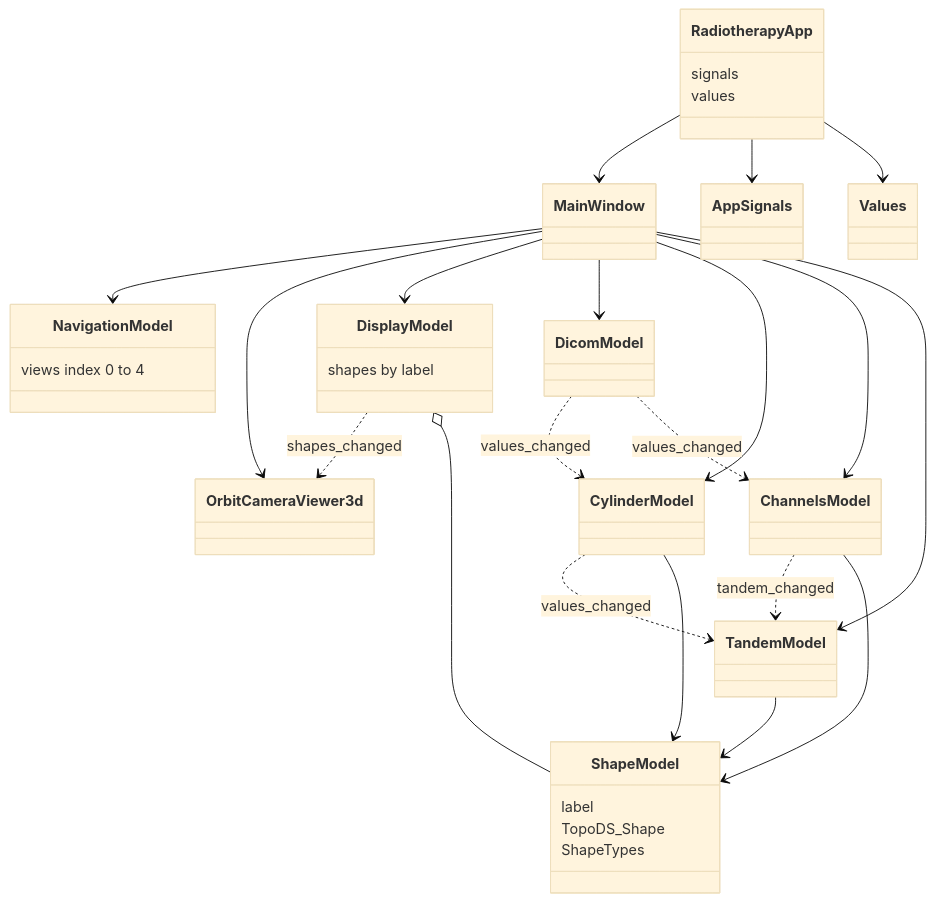
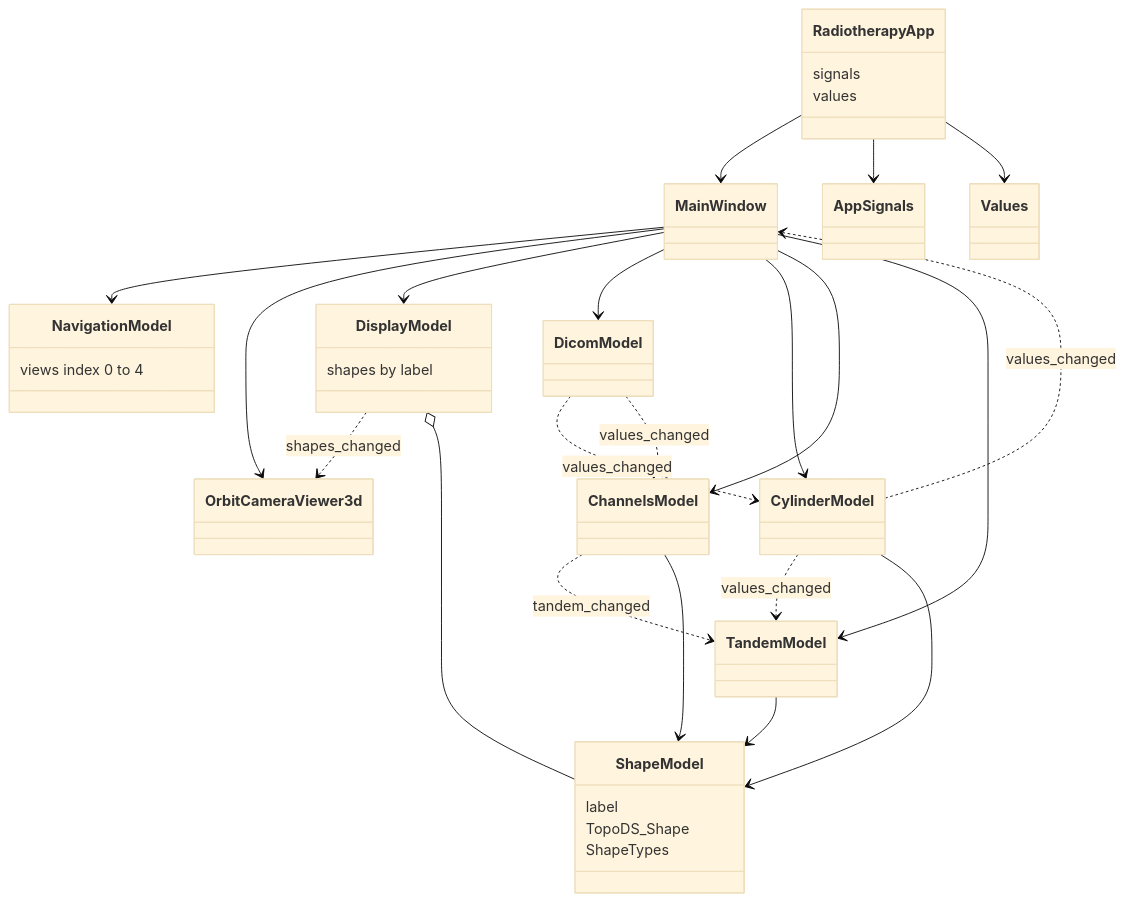
Before and after one commit to COSC-499-W2026/capstone-project-team-10: the diagram in docs/architecture/diagrams/existing-framework/uml.mmd, drawn with Mermaid (base theme). The commit also changed 2 other files, not shown here.

Commit message:
docs: add the export tab signal to the UML and re-render it

```diff
--- a/docs/architecture/diagrams/existing-framework/uml.mmd
+++ b/docs/architecture/diagrams/existing-framework/uml.mmd
@@ -1,44 +1,45 @@
 %% title: UML
-%% alt: UML of RadiotherapyApp, the models MainWindow creates, the signals between them, and ShapeModel
+%% alt: UML of RadiotherapyApp, the models MainWindow creates, the signals between them and back to MainWindow, and ShapeModel
 classDiagram
   class RadiotherapyApp {
     signals
     values
   }
   class MainWindow
   class NavigationModel {
     views index 0 to 4
   }
   class DisplayModel {
     shapes by label
   }
   class OrbitCameraViewer3d
   class DicomModel
   class CylinderModel
   class ChannelsModel
   class TandemModel
   class ShapeModel {
     label
     TopoDS_Shape
     ShapeTypes
   }
 
   RadiotherapyApp --> MainWindow
   RadiotherapyApp --> AppSignals
   RadiotherapyApp --> Values
   MainWindow --> NavigationModel
   MainWindow --> OrbitCameraViewer3d
   MainWindow --> DisplayModel
   DisplayModel ..> OrbitCameraViewer3d : shapes_changed
   MainWindow --> DicomModel
   MainWindow --> CylinderModel
   MainWindow --> ChannelsModel
   MainWindow --> TandemModel
   DicomModel ..> CylinderModel : values_changed
   DicomModel ..> ChannelsModel : values_changed
   CylinderModel ..> TandemModel : values_changed
+  CylinderModel ..> MainWindow : values_changed
   ChannelsModel ..> TandemModel : tandem_changed
   CylinderModel --> ShapeModel
   ChannelsModel --> ShapeModel
   TandemModel --> ShapeModel
   DisplayModel o-- ShapeModel
```
